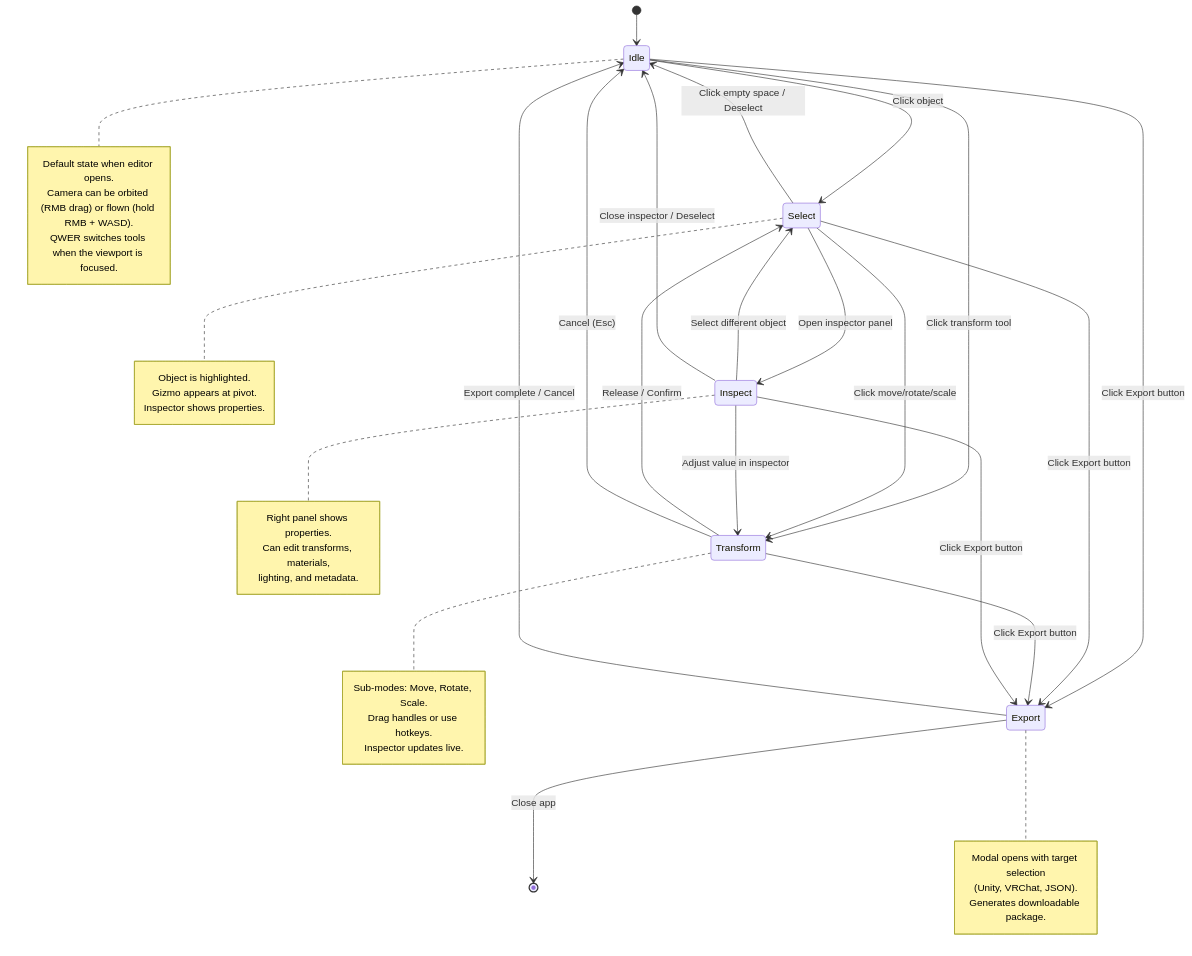
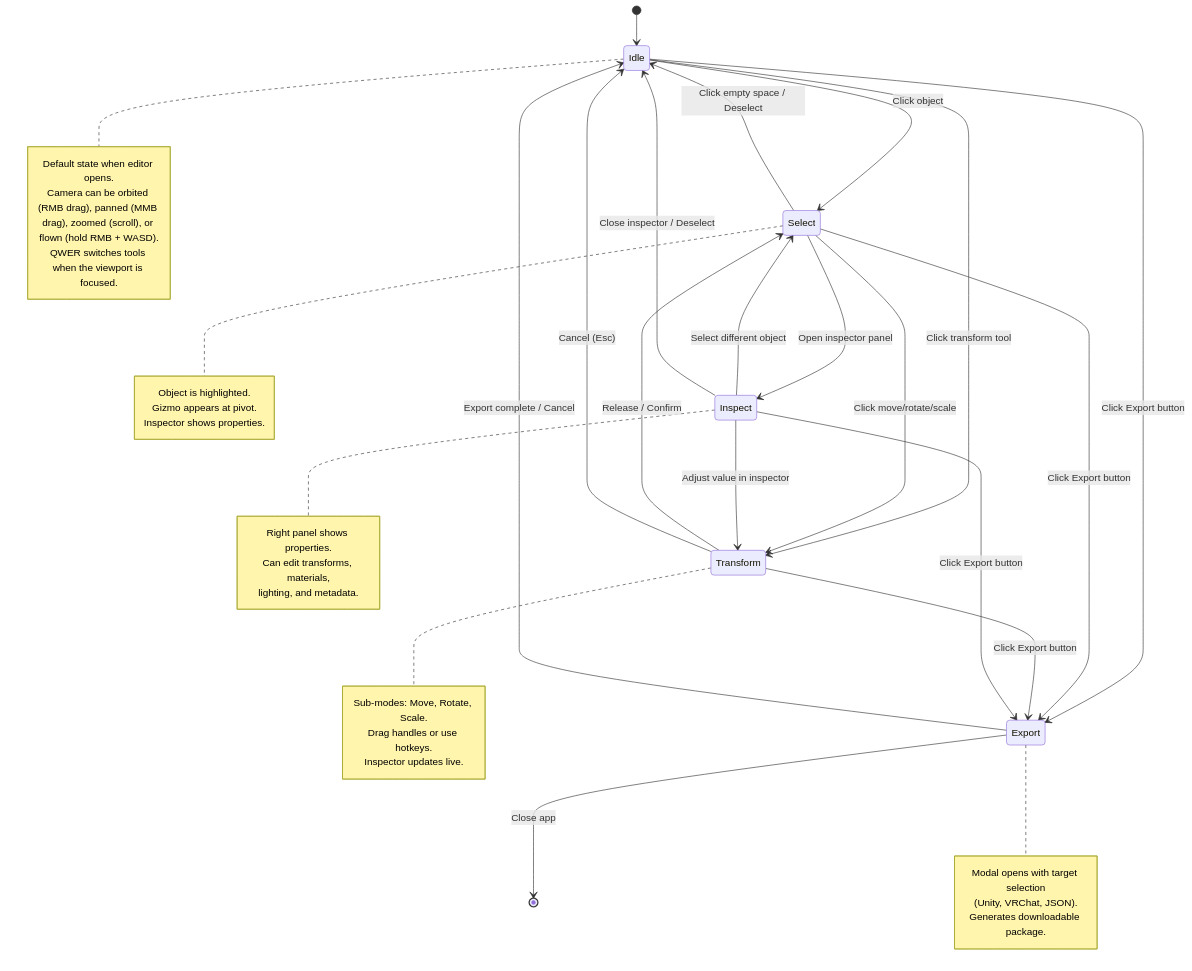
The third of 5 diagrams in docs/USER_FLOWS.md (SKPloft/visual_editor_test), drawn with Mermaid before and after one commit. The commit also changed other lines of this file and 3 other files, not shown here.

````diff
--- a/docs/USER_FLOWS.md
+++ b/docs/USER_FLOWS.md
@@ -71,56 +71,56 @@
 ```mermaid
 stateDiagram-v2
     [*] --> Idle
 
     Idle --> Select : Click object
     Idle --> Transform : Click transform tool
 
     Select --> Transform : Click move/rotate/scale
     Select --> Inspect : Open inspector panel
     Select --> Idle : Click empty space / Deselect
 
     Transform --> Select : Release / Confirm
     Transform --> Idle : Cancel (Esc)
 
     Inspect --> Select : Select different object
     Inspect --> Transform : Adjust value in inspector
     Inspect --> Idle : Close inspector / Deselect
 
     Idle --> Export : Click Export button
     Select --> Export : Click Export button
     Transform --> Export : Click Export button
     Inspect --> Export : Click Export button
 
     Export --> Idle : Export complete / Cancel
     Export --> [*] : Close app
 
     note right of Idle
         Default state when editor opens.
-        Camera can be orbited (RMB drag) or flown (hold RMB + WASD).
+        Camera can be orbited (RMB drag), panned (MMB drag), zoomed (scroll), or flown (hold RMB + WASD).
         QWER switches tools when the viewport is focused.
     end note
 
     note right of Select
         Object is highlighted.
         Gizmo appears at pivot.
         Inspector shows properties.
     end note
 
     note right of Transform
         Sub-modes: Move, Rotate, Scale.
         Drag handles or use hotkeys.
         Inspector updates live.
     end note
 
     note right of Inspect
         Right panel shows properties.
         Can edit transforms, materials,
         lighting, and metadata.
     end note
 
     note right of Export
         Modal opens with target selection
         (Unity, VRChat, JSON).
         Generates downloadable package.
     end note
 ```
````
